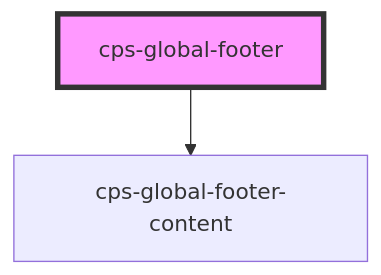
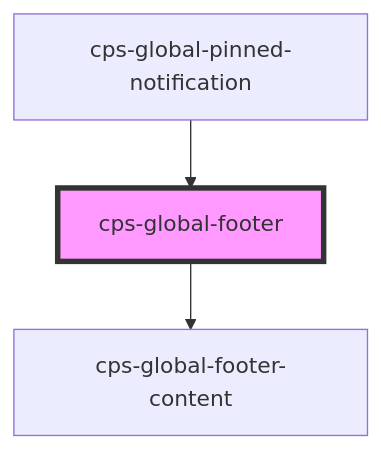
The diagram in packages/cps-global-components/src/components/cps-global-footer/readme.md (CPS-Innovation/global-components), drawn with Mermaid before and after one commit. The commit also changed other lines of this file and 6 other files, not shown here.

Commit message:
#FCT2-21274 - add interstitial and new format pinned notification

````diff
--- a/packages/cps-global-components/src/components/cps-global-footer/readme.md
+++ b/packages/cps-global-components/src/components/cps-global-footer/readme.md
@@ -22,5 +26,6 @@
 ```mermaid
 graph TD;
   cps-global-footer --> cps-global-footer-content
+  cps-global-pinned-notification --> cps-global-footer
   style cps-global-footer fill:#f9f,stroke:#333,stroke-width:4px
 ```
````
